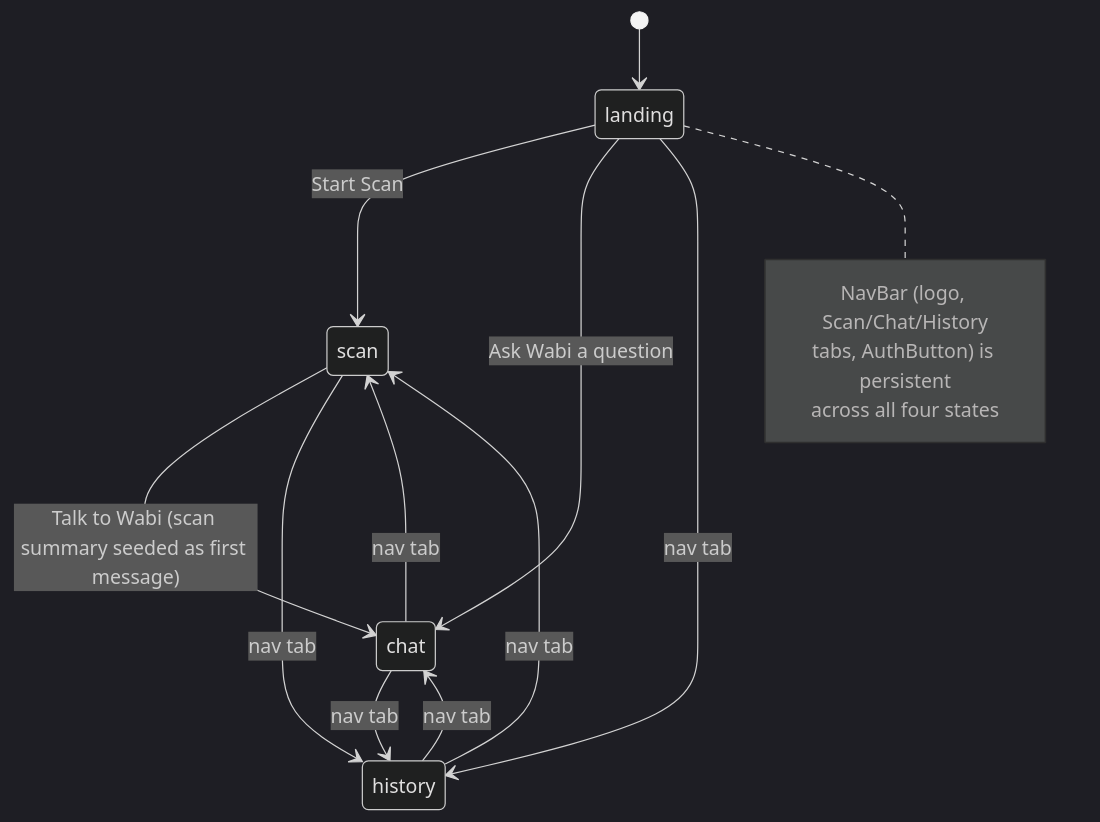
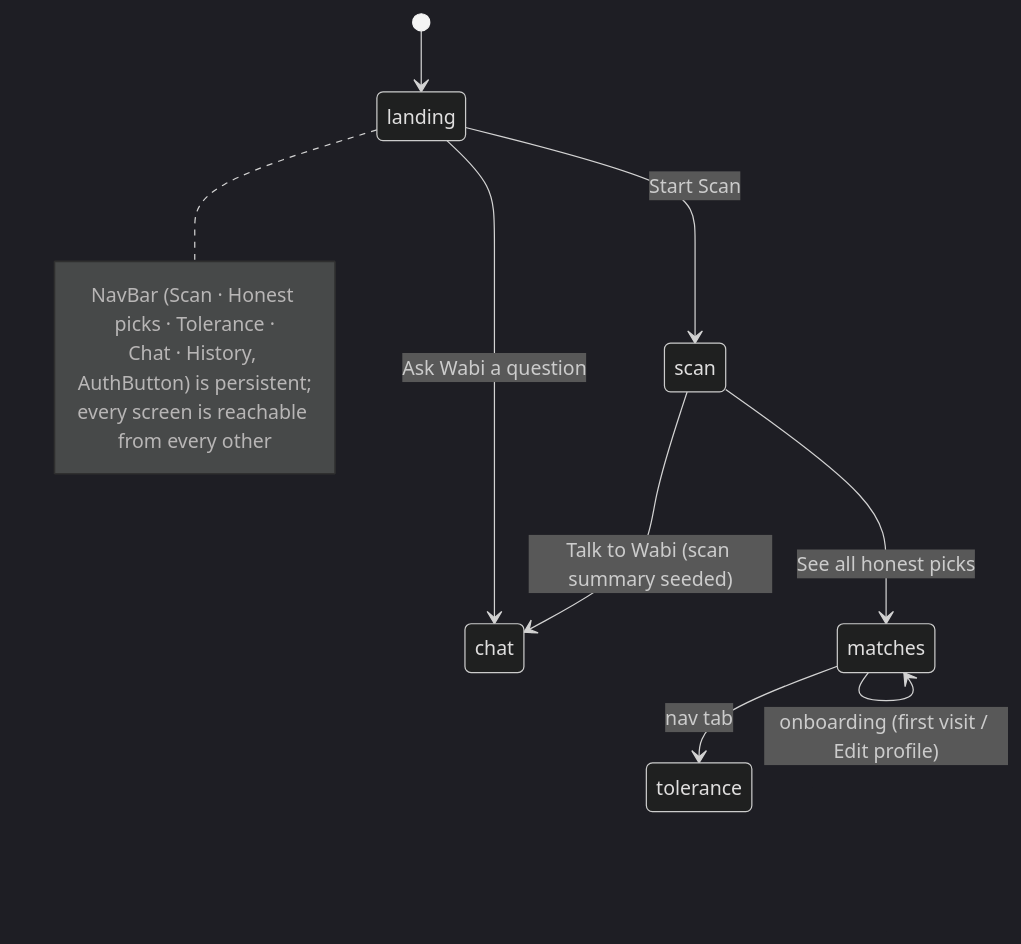
The ninth of 10 diagrams in ARCHITECTURE.md (ask-anannya/Wabi-Sabi), drawn with Mermaid (dark theme) before and after one commit. The commit also changed other lines of this file and 4 other files, not shown here.

Commit message:
Docs: bring architecture, README, About and grounding docs up to date

````diff
--- a/ARCHITECTURE.md
+++ b/ARCHITECTURE.md
@@ -310,18 +427,15 @@
 ```mermaid
 stateDiagram-v2
     [*] --> landing
     landing --> scan: Start Scan
     landing --> chat: Ask Wabi a question
-    scan --> chat: Talk to Wabi (scan summary seeded as first message)
-    chat --> scan: nav tab
-    scan --> history: nav tab
-    chat --> history: nav tab
-    history --> scan: nav tab
-    history --> chat: nav tab
-    landing --> history: nav tab
+    scan --> matches: See all honest picks
+    scan --> chat: Talk to Wabi (scan summary seeded)
+    matches --> matches: onboarding (first visit / Edit profile)
+    matches --> tolerance: nav tab
     note right of landing
-        NavBar (logo, Scan/Chat/History
-        tabs, AuthButton) is persistent
-        across all four states
+        NavBar (Scan · Honest picks · Tolerance ·
+        Chat · History, AuthButton) is persistent;
+        every screen is reachable from every other
     end note
 ```
````
